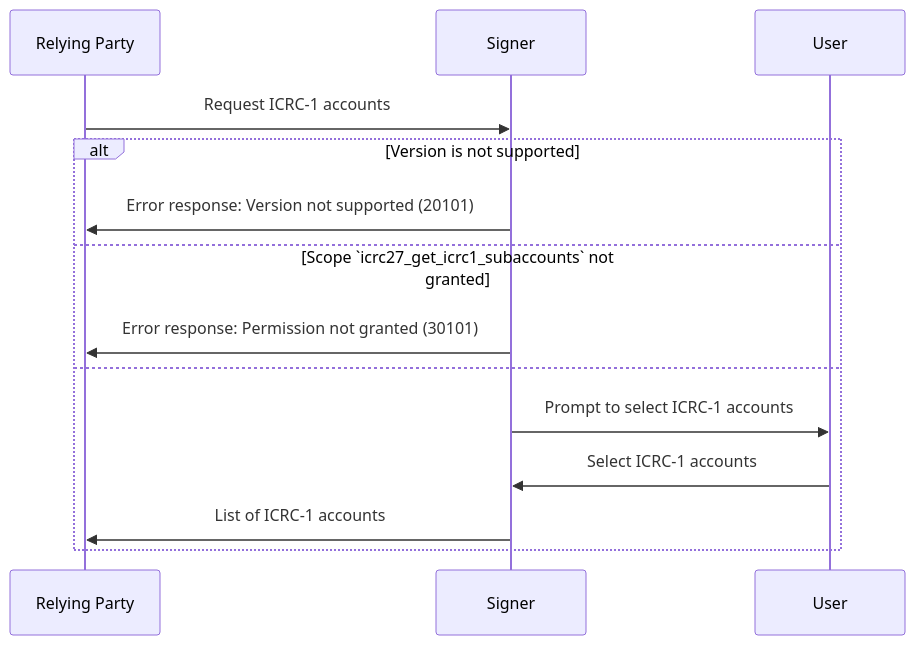
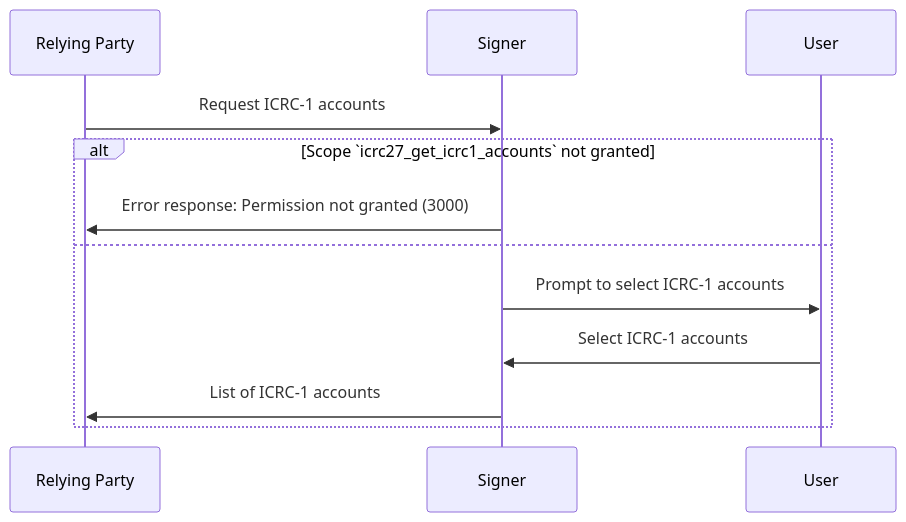
The diagram in topics/icrc_27_get_icrc_1_accounts.md (dfinity/wg-identity-authentication), drawn with Mermaid before and after one commit. The commit also changed other lines of this file, not shown here.

First line of the commit message:
ICRC-27: Drop version and align errors

````diff
--- a/topics/icrc_27_get_icrc_1_accounts.md
+++ b/topics/icrc_27_get_icrc_1_accounts.md
@@ -151,16 +141,14 @@
 ```mermaid
 sequenceDiagram
     participant RP as Relying Party
     participant S as Signer
     participant U as User
     RP ->> S: Request ICRC-1 accounts
-    alt Version is not supported
-        S ->> RP: Error response: Version not supported (20101)
-    else Scope `icrc27_get_icrc1_subaccounts` not granted
-        S ->> RP: Error response: Permission not granted (30101)
+    alt Scope `icrc27_get_icrc1_accounts` not granted
+        S ->> RP: Error response: Permission not granted (3000)
     else
         S ->> U: Prompt to select ICRC-1 accounts
         U ->> S: Select ICRC-1 accounts
         S ->> RP: List of ICRC-1 accounts
     end
 ```
````
